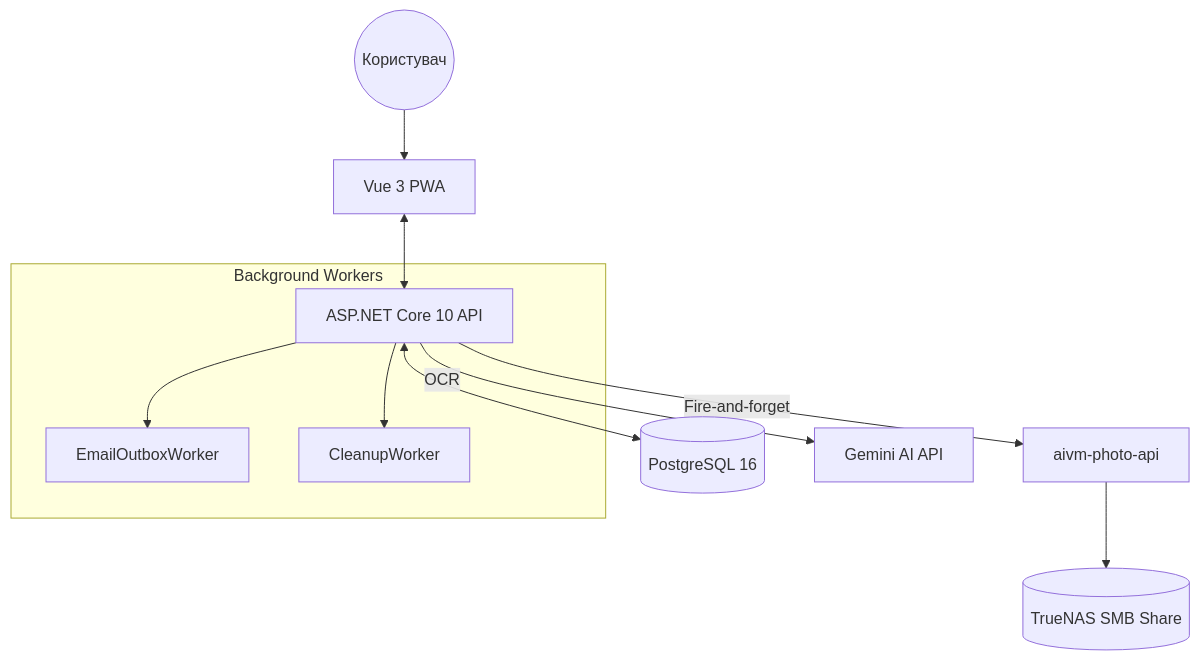
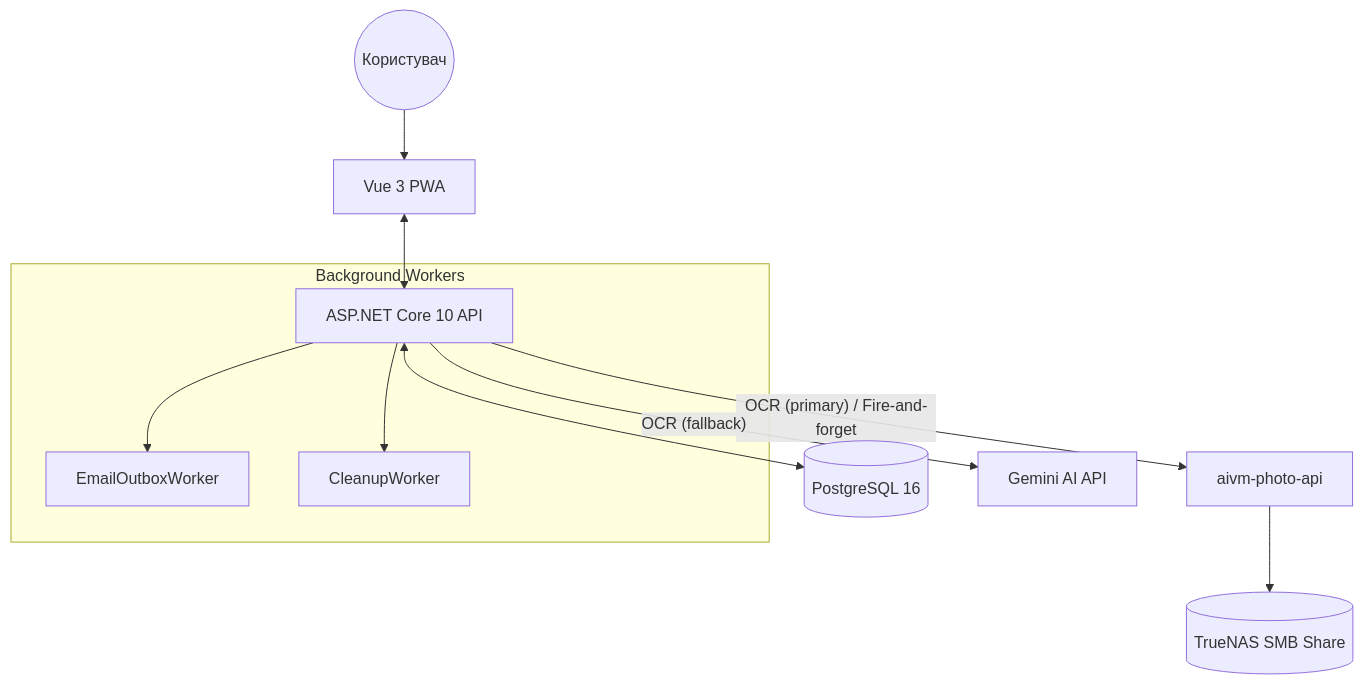
Before and after one commit to Alexsik76/bptracker-backend: the diagram in README.md, drawn with Mermaid. The commit also changed other lines of this file and 4 other files, not shown here.

Commit message:
impl aivm-photo-api

````diff
--- a/README.md
+++ b/README.md
@@ -7,14 +7,14 @@
 ```mermaid
 graph TD
     User((Користувач)) --> Frontend[Vue 3 PWA]
     Frontend <--> Backend[ASP.NET Core 10 API]
     Backend <--> DB[(PostgreSQL 16)]
-    Backend -- OCR --> Gemini[Gemini AI API]
-    Backend -- Fire-and-forget --> PhotoApi[aivm-photo-api]
+    Backend -- OCR (primary) / Fire-and-forget --> PhotoApi[aivm-photo-api]
+    Backend -- OCR (fallback) --> Gemini[Gemini AI API]
     PhotoApi --> NAS[(TrueNAS SMB Share)]
     
     subgraph Background Workers
         Backend --> EmailWorker[EmailOutboxWorker]
         Backend --> CleanupWorker[CleanupWorker]
     end
 ```
````
